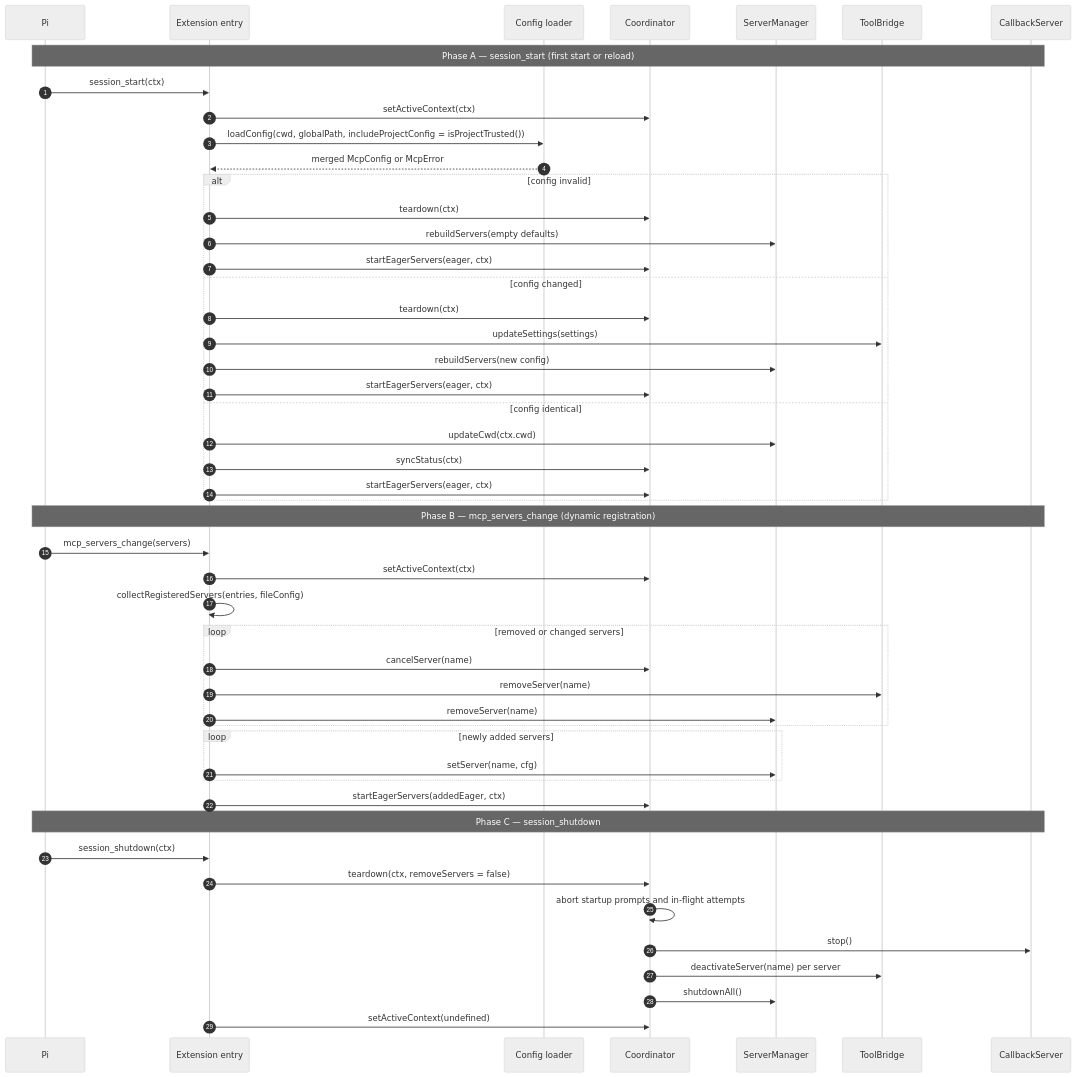
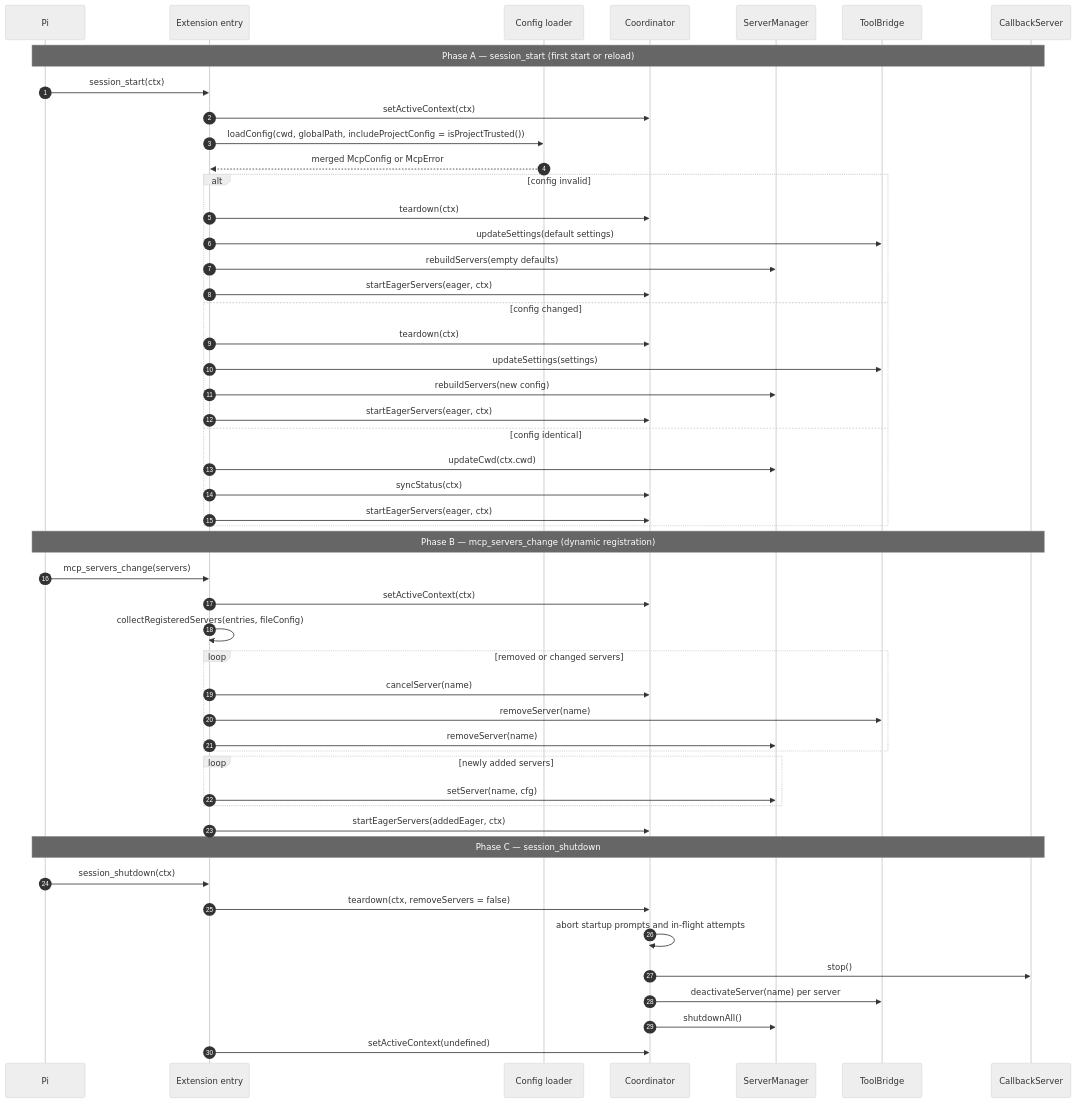
The third of 6 diagrams in docs/ARCHITECTURE.md (irahardianto/pi-mcp-extension), drawn with Mermaid (neutral theme) before and after one commit. The commit also changed other lines of this file and 1 other file, not shown here.

Commit message:
docs(architecture): align credential-storage and config diagrams with runtime flow

````diff
--- a/docs/ARCHITECTURE.md
+++ b/docs/ARCHITECTURE.md
@@ -131,54 +131,55 @@
 ```mermaid
 sequenceDiagram
     autonumber
     participant Pi as Pi
     participant Entry as Extension entry
     participant Cfg as Config loader
     participant Coord as Coordinator
     participant Mgr as ServerManager
     participant Bridge as ToolBridge
     participant CB as CallbackServer
 
     Note over Pi,CB: Phase A — session_start (first start or reload)
     Pi->>Entry: session_start(ctx)
     Entry->>Coord: setActiveContext(ctx)
     Entry->>Cfg: loadConfig(cwd, globalPath, includeProjectConfig = isProjectTrusted())
     Cfg-->>Entry: merged McpConfig or McpError
     alt config invalid
         Entry->>Coord: teardown(ctx)
+        Entry->>Bridge: updateSettings(default settings)
         Entry->>Mgr: rebuildServers(empty defaults)
         Entry->>Coord: startEagerServers(eager, ctx)
     else config changed
         Entry->>Coord: teardown(ctx)
         Entry->>Bridge: updateSettings(settings)
         Entry->>Mgr: rebuildServers(new config)
         Entry->>Coord: startEagerServers(eager, ctx)
     else config identical
         Entry->>Mgr: updateCwd(ctx.cwd)
         Entry->>Coord: syncStatus(ctx)
         Entry->>Coord: startEagerServers(eager, ctx)
     end
 
     Note over Pi,CB: Phase B — mcp_servers_change (dynamic registration)
     Pi->>Entry: mcp_servers_change(servers)
     Entry->>Coord: setActiveContext(ctx)
     Entry->>Entry: collectRegisteredServers(entries, fileConfig)
     loop removed or changed servers
         Entry->>Coord: cancelServer(name)
         Entry->>Bridge: removeServer(name)
         Entry->>Mgr: removeServer(name)
     end
     loop newly added servers
         Entry->>Mgr: setServer(name, cfg)
     end
     Entry->>Coord: startEagerServers(addedEager, ctx)
 
     Note over Pi,CB: Phase C — session_shutdown
     Pi->>Entry: session_shutdown(ctx)
     Entry->>Coord: teardown(ctx, removeServers = false)
     Coord->>Coord: abort startup prompts and in-flight attempts
     Coord->>CB: stop()
     Coord->>Bridge: deactivateServer(name) per server
     Coord->>Mgr: shutdownAll()
     Entry->>Coord: setActiveContext(undefined)
 ```
````
